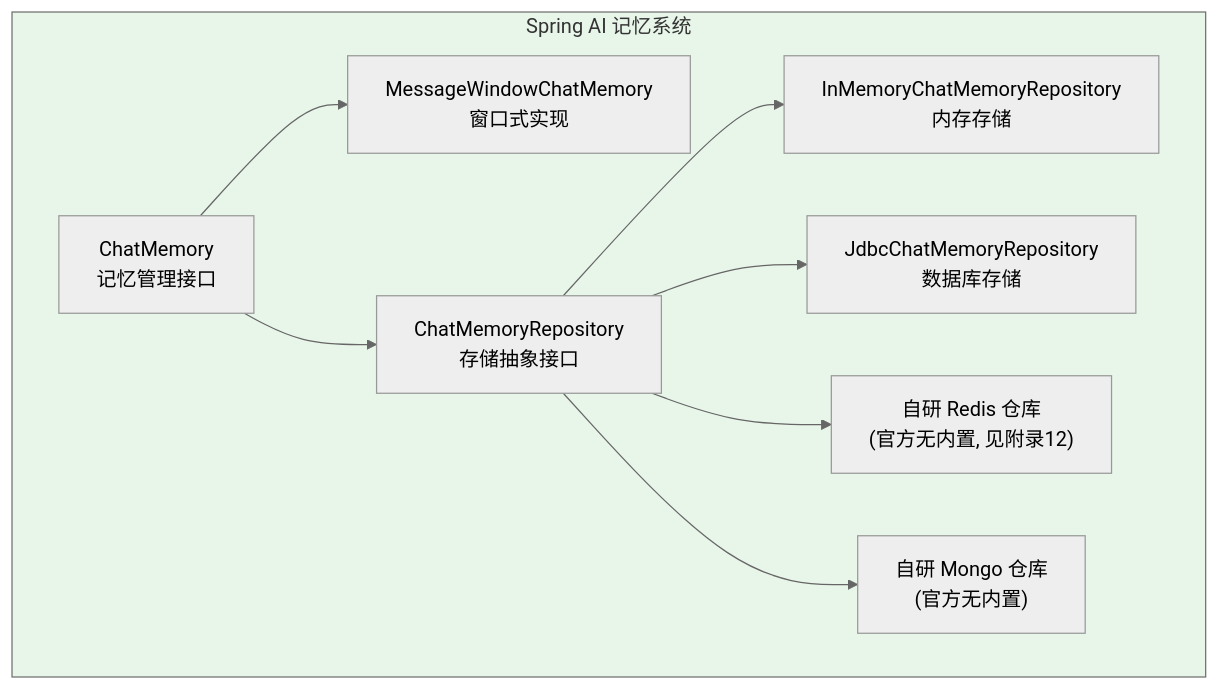
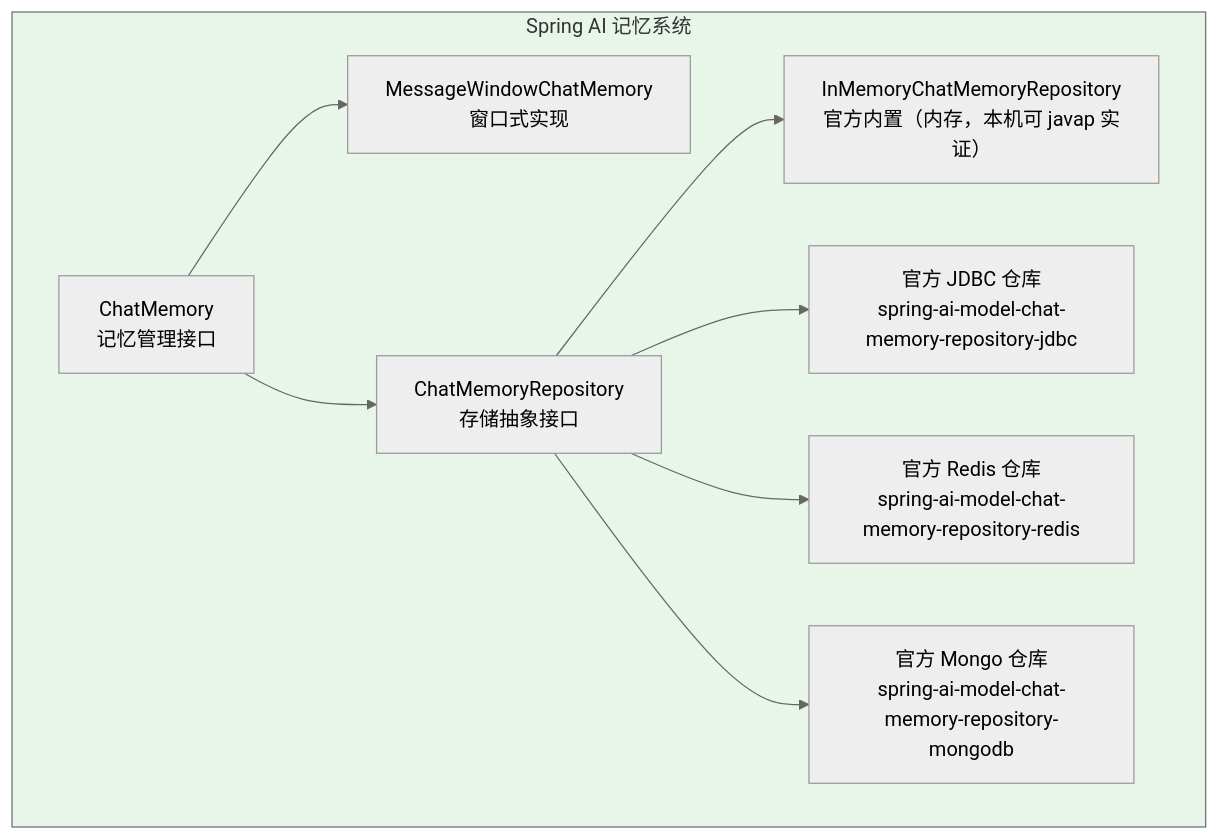
The third of 8 diagrams in docs/教程/04-记忆与会话管理.md (UranusGit/java-agent-learn), drawn with Mermaid (neutral theme) before and after one commit. The commit also changed other lines of this file and 244 other files, not shown here.

````diff
--- a/docs/教程/04-记忆与会话管理.md
+++ b/docs/教程/04-记忆与会话管理.md
@@ -59,15 +59,15 @@
 ```mermaid
 graph TB
     subgraph 记忆系统["Spring AI 记忆系统"]
         CM["ChatMemory<br/>记忆管理接口"]
         --> MWC["MessageWindowChatMemory<br/>窗口式实现"]
         
         CM --> CMR["ChatMemoryRepository<br/>存储抽象接口"]
-        CMR --> IMR["InMemoryChatMemoryRepository<br/>内存存储"]
-        CMR --> JMR["JdbcChatMemoryRepository<br/>数据库存储"]
-        CMR --> RMR["自研 Redis 仓库<br/>(官方无内置, 见附录12)"]
-        CMR --> MMR["自研 Mongo 仓库<br/>(官方无内置)"]
+        CMR --> IMR["InMemoryChatMemoryRepository<br/>官方内置（内存，本机可 javap 实证）"]
+        CMR --> JMR["官方 JDBC 仓库<br/>spring-ai-model-chat-memory-repository-jdbc"]
+        CMR --> RMR["官方 Redis 仓库<br/>spring-ai-model-chat-memory-repository-redis"]
+        CMR --> MMR["官方 Mongo 仓库<br/>spring-ai-model-chat-memory-repository-mongodb"]
     end
 
     style 记忆系统 fill:#e8f5e9
 ```
````
